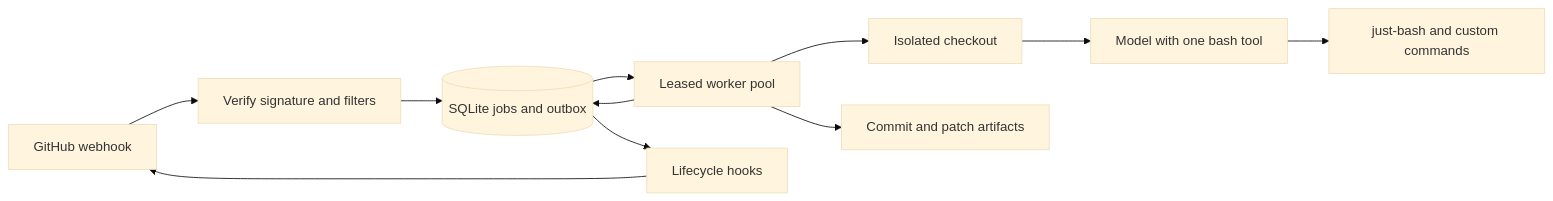
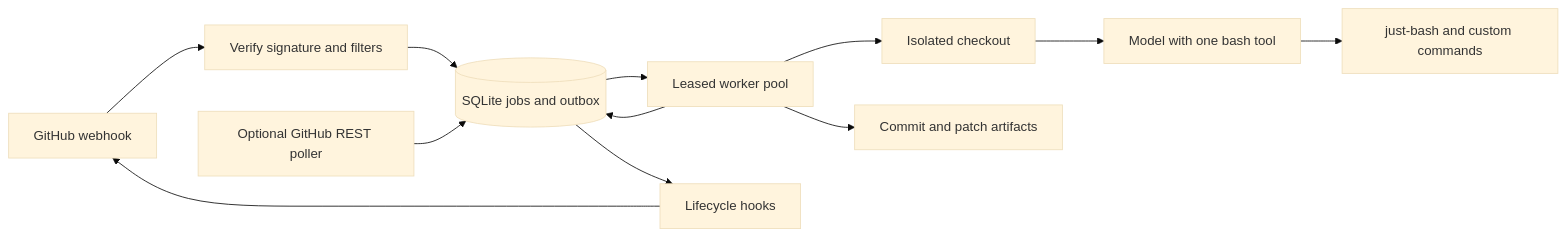
The diagram in docs/architecture.md (aaronS7/github-issue-agent), drawn with Mermaid (base theme) before and after one commit. The commit also changed other lines of this file and 47 other files, not shown here.

Commit message:
Add optional GitHub polling and Cloudflare webhook relay

````diff
--- a/docs/architecture.md
+++ b/docs/architecture.md
@@ -5,13 +5,14 @@
 ```mermaid
 flowchart LR
   GH[GitHub webhook] --> Verify[Verify signature and filters]
   Verify --> Q[(SQLite jobs and outbox)]
+  Poll[Optional GitHub REST poller] --> Q
   Q --> Worker[Leased worker pool]
   Worker --> Workspace[Isolated checkout]
   Workspace --> Agent[Model with one bash tool]
   Agent --> Bash[just-bash and custom commands]
   Worker --> Result[Commit and patch artifacts]
   Worker --> Q
   Q --> Hooks[Lifecycle hooks]
   Hooks --> GH
 ```
````
